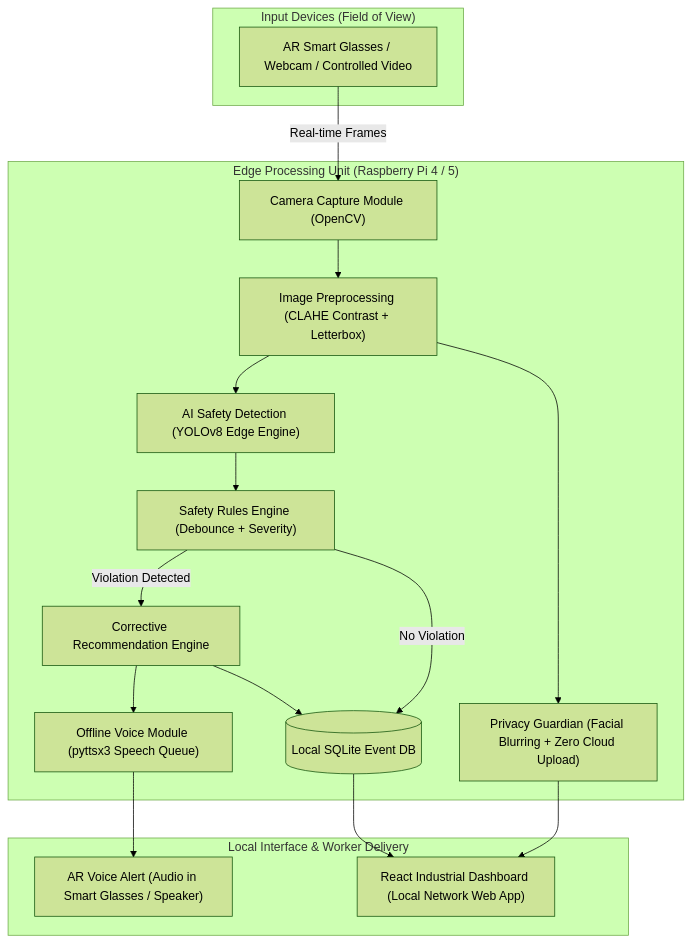
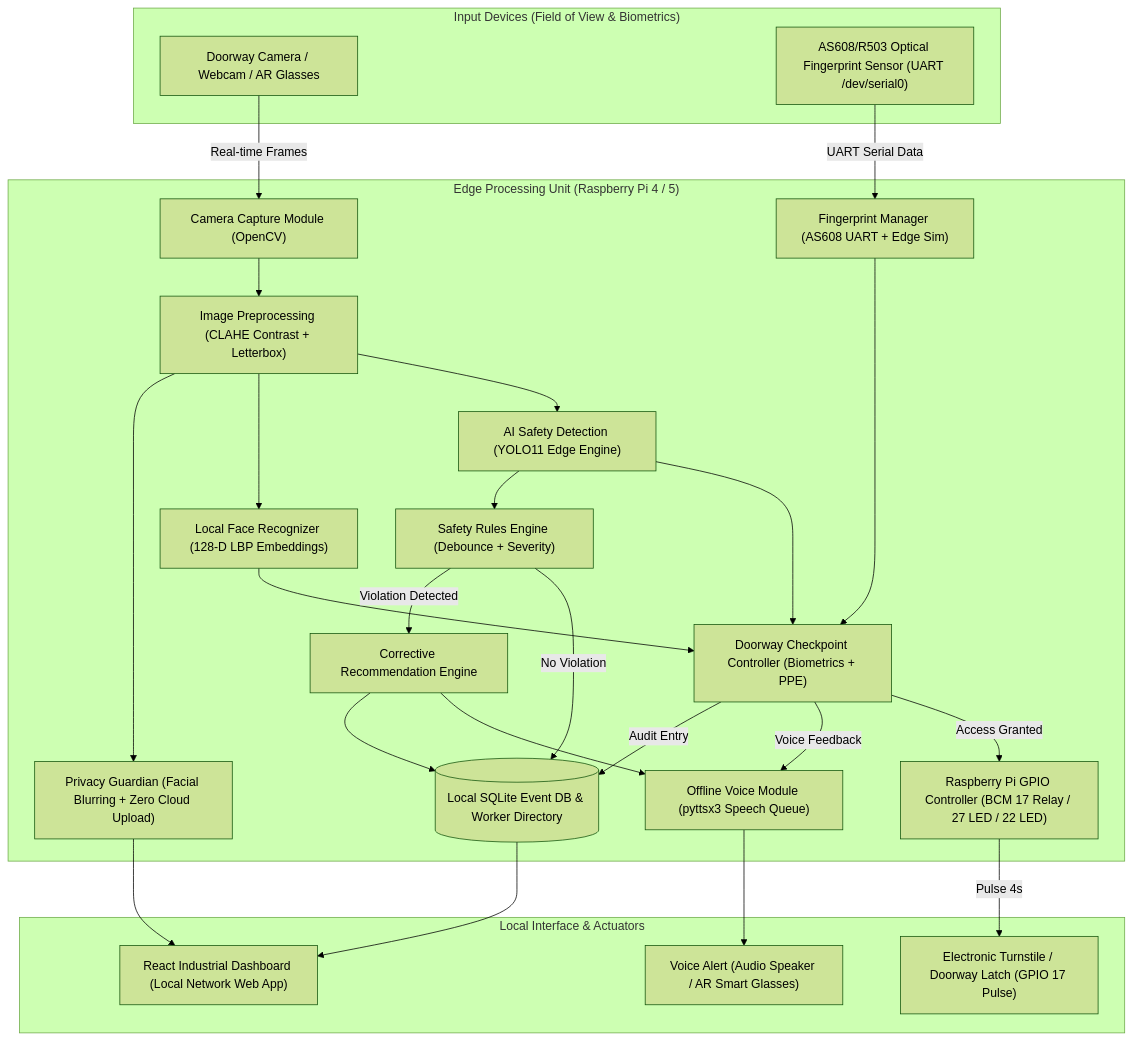
The diagram in docs/architecture.md (AnuragArali/Construction-Safety-System), drawn with Mermaid (forest theme) before and after one commit. The commit also changed other lines of this file and 39 other files, not shown here.

Commit message:
Feat: Add YOLO11, Fingerprint & Face Biometrics, and Mock Doorway Checkpoint

````diff
--- a/docs/architecture.md
+++ b/docs/architecture.md
@@ -28,35 +28,50 @@
 ```mermaid
 flowchart TD
-    subgraph EdgeInput ["Input Devices (Field of View)"]
-        Cam["AR Smart Glasses / Webcam / Controlled Video"]
+    subgraph EdgeInput ["Input Devices (Field of View & Biometrics)"]
+        Cam["Doorway Camera / Webcam / AR Glasses"]
+        FP["AS608/R503 Optical Fingerprint Sensor (UART /dev/serial0)"]
     end
 
     subgraph RaspberryPiEdge ["Edge Processing Unit (Raspberry Pi 4 / 5)"]
         Cap["Camera Capture Module (OpenCV)"]
         Prep["Image Preprocessing (CLAHE Contrast + Letterbox)"]
-        AI["AI Safety Detection (YOLOv8 Edge Engine)"]
+        AI["AI Safety Detection (YOLO11 Edge Engine)"]
+        Face["Local Face Recognizer (128-D LBP Embeddings)"]
+        FPMgr["Fingerprint Manager (AS608 UART + Edge Sim)"]
+        Gate["Doorway Checkpoint Controller (Biometrics + PPE)"]
         Safety["Safety Rules Engine (Debounce + Severity)"]
         Rec["Corrective Recommendation Engine"]
         Voice["Offline Voice Module (pyttsx3 Speech Queue)"]
-        DB[(Local SQLite Event DB)]
+        DB[(Local SQLite Event DB & Worker Directory)]
         Priv["Privacy Guardian (Facial Blurring + Zero Cloud Upload)"]
+        GPIO["Raspberry Pi GPIO Controller (BCM 17 Relay / 27 LED / 22 LED)"]
     end
 
-    subgraph Outputs ["Local Interface & Worker Delivery"]
-        Audio["AR Voice Alert (Audio in Smart Glasses / Speaker)"]
+    subgraph Outputs ["Local Interface & Actuators"]
+        Audio["Voice Alert (Audio Speaker / AR Smart Glasses)"]
         Dashboard["React Industrial Dashboard (Local Network Web App)"]
+        Lock["Electronic Turnstile / Doorway Latch (GPIO 17 Pulse)"]
     end
 
     Cam -->|Real-time Frames| Cap
+    FP -->|UART Serial Data| FPMgr
     Cap --> Prep
     Prep --> AI
+    Prep --> Face
+    AI --> Gate
+    Face --> Gate
+    FPMgr --> Gate
+    Gate -->|Access Granted| GPIO
+    GPIO -->|Pulse 4s| Lock
+    Gate -->|Voice Feedback| Voice
+    Gate -->|Audit Entry| DB
     AI --> Safety
     Safety -->|No Violation| DB
     Safety -->|Violation Detected| Rec
     Rec --> Voice
     Voice --> Audio
     Rec --> DB
     Prep --> Priv
     Priv --> Dashboard
     DB --> Dashboard
 ```
````
